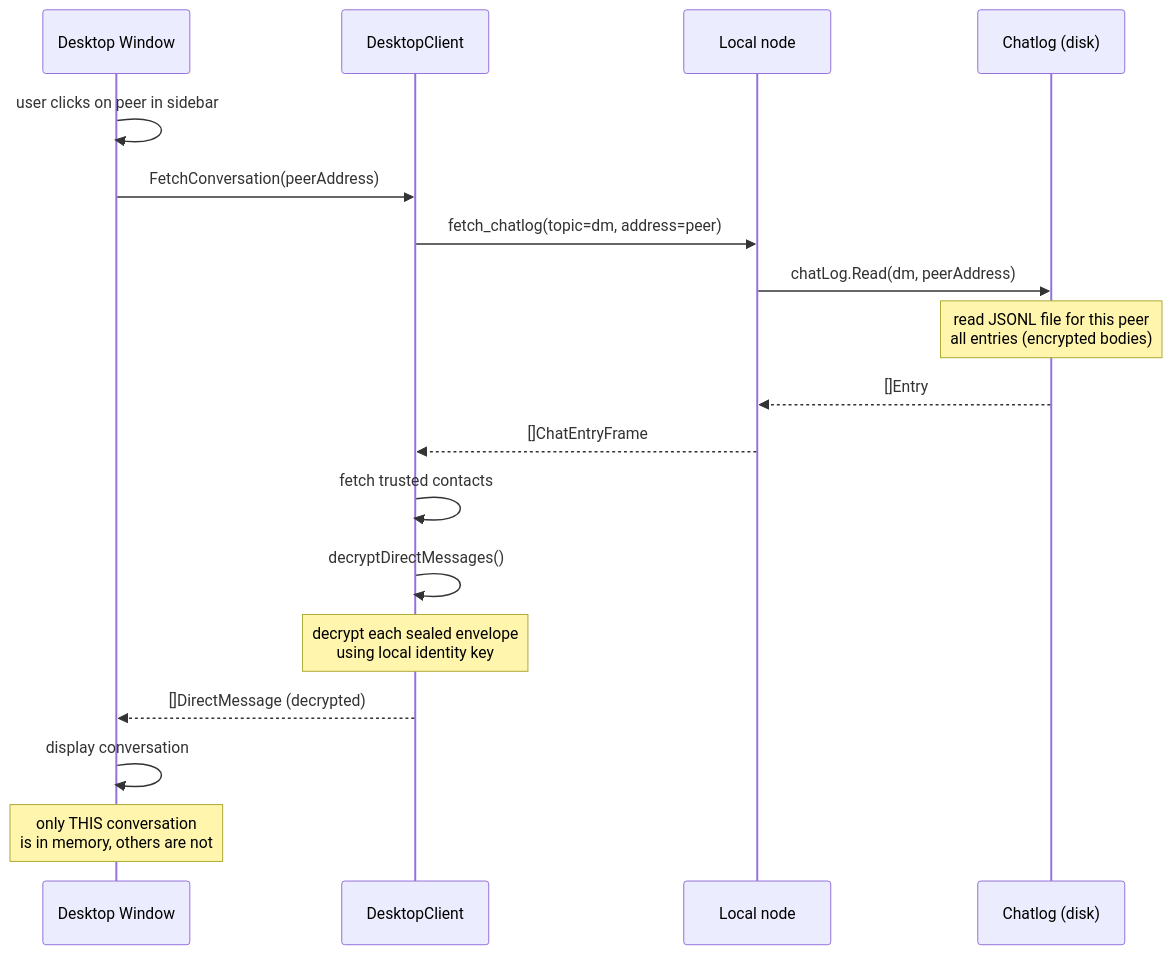
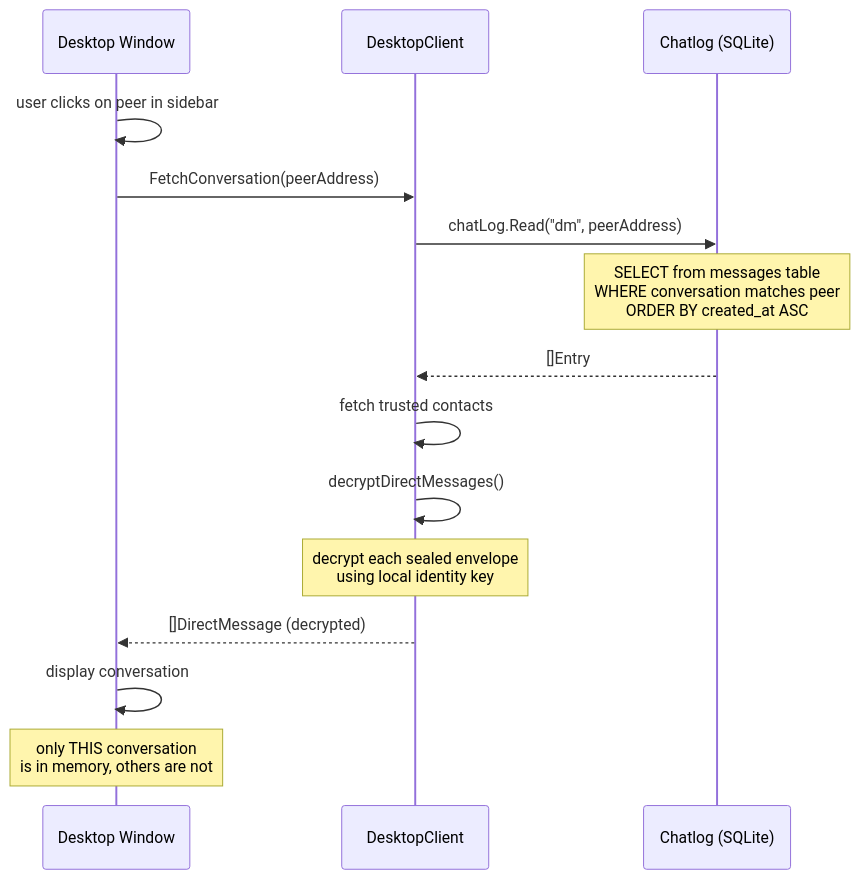
The fifth of 16 diagrams in docs/chatlog.md (piratecash/corsa), drawn with Mermaid before and after one commit. The commit also changed other lines of this file and 35 other files, not shown here.

First line of the commit message:
feat(service): extract DMRouter, migrate chatlog to SQLite, add structured logging

````diff
--- a/docs/chatlog.md
+++ b/docs/chatlog.md
@@ -125,21 +141,18 @@
 ```mermaid
 sequenceDiagram
     participant UI as Desktop Window
     participant SVC as DesktopClient
-    participant NODE as Local node
-    participant LOG as Chatlog (disk)
+    participant LOG as Chatlog (SQLite)
 
     UI->>UI: user clicks on peer in sidebar
     UI->>SVC: FetchConversation(peerAddress)
-    SVC->>NODE: fetch_chatlog(topic=dm, address=peer)
-    NODE->>LOG: chatLog.Read(dm, peerAddress)
-    Note over LOG: read JSONL file for this peer<br/>all entries (encrypted bodies)
-    LOG-->>NODE: []Entry
-    NODE-->>SVC: []ChatEntryFrame
+    SVC->>LOG: chatLog.Read("dm", peerAddress)
+    Note over LOG: SELECT from messages table<br/>WHERE conversation matches peer<br/>ORDER BY created_at ASC
+    LOG-->>SVC: []Entry
     SVC->>SVC: fetch trusted contacts
     SVC->>SVC: decryptDirectMessages()
     Note over SVC: decrypt each sealed envelope<br/>using local identity key
     SVC-->>UI: []DirectMessage (decrypted)
     UI->>UI: display conversation
     Note over UI: only THIS conversation<br/>is in memory, others are not
 ```
````
